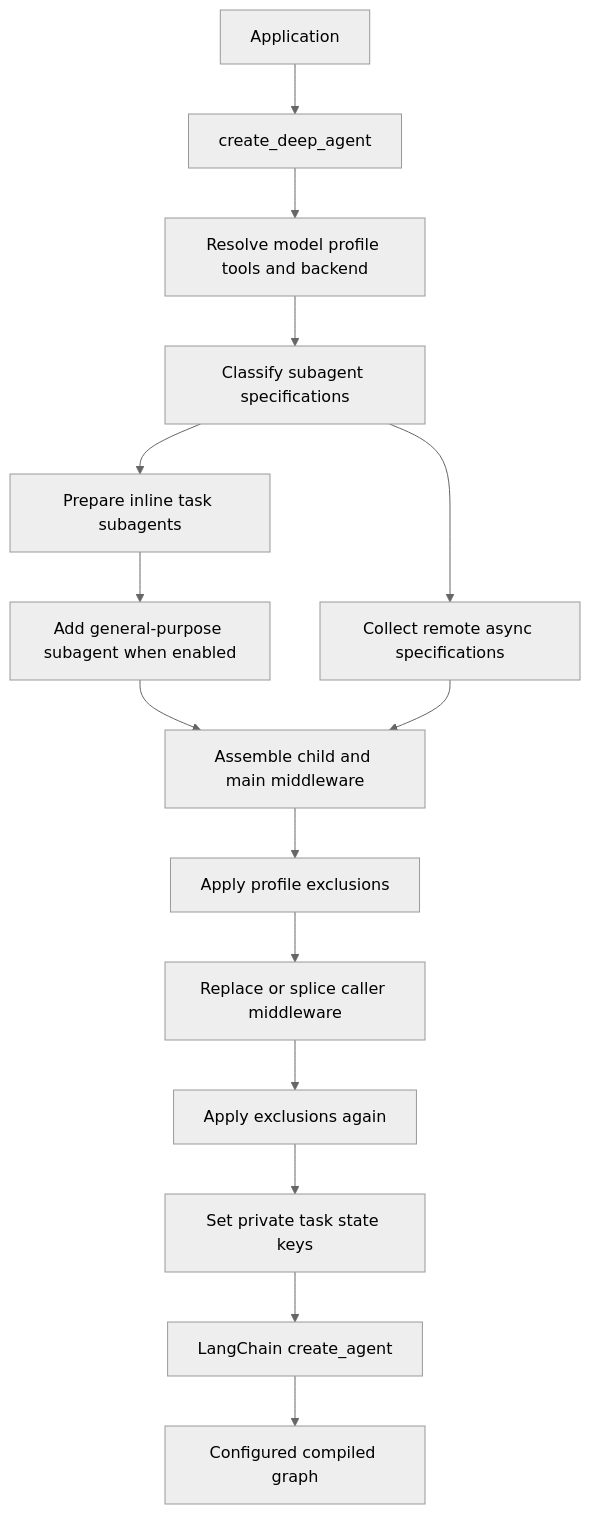
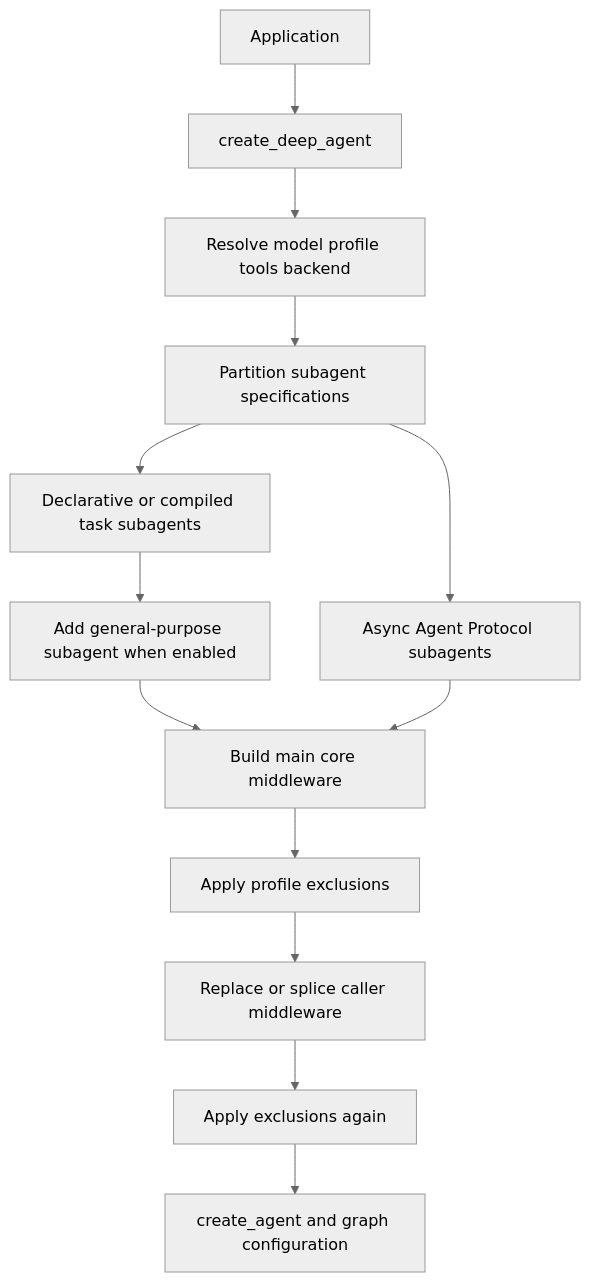
One commit to langchain-ai/deepagents changed the first of 2 diagrams in openwiki/architecture/sdk-construction-execution.md. Above: the diagram before and after it, drawn with Mermaid (neutral theme). The commit also changed other lines of this file and 35 other files, not shown here.

````diff
--- a/openwiki/architecture/sdk-construction-execution.md
+++ b/openwiki/architecture/sdk-construction-execution.md
@@ -49,17 +49,15 @@
 ```mermaid
 flowchart TD
     App["Application"] --> Build["create_deep_agent"]
-    Build --> Resolve["Resolve model profile tools and backend"]
-    Resolve --> Classify["Classify subagent specifications"]
-    Classify --> Inline["Prepare inline task subagents"]
-    Classify --> Remote["Collect remote async specifications"]
+    Build --> Resolve["Resolve model profile tools backend"]
+    Resolve --> Split["Partition subagent specifications"]
+    Split --> Inline["Declarative or compiled task subagents"]
+    Split --> Remote["Async Agent Protocol subagents"]
     Inline --> GP["Add general-purpose subagent when enabled"]
-    GP --> Stack["Assemble child and main middleware"]
-    Remote --> Stack
-    Stack --> FilterOne["Apply profile exclusions"]
-    FilterOne --> Custom["Replace or splice caller middleware"]
-    Custom --> FilterTwo["Apply exclusions again"]
-    FilterTwo --> Private["Set private task state keys"]
-    Private --> Compile["LangChain create_agent"]
-    Compile --> Graph["Configured compiled graph"]
+    GP --> Core["Build main core middleware"]
+    Remote --> Core
+    Core --> ExcludeOne["Apply profile exclusions"]
+    ExcludeOne --> Custom["Replace or splice caller middleware"]
+    Custom --> ExcludeTwo["Apply exclusions again"]
+    ExcludeTwo --> Compile["create_agent and graph configuration"]
 ```
````
